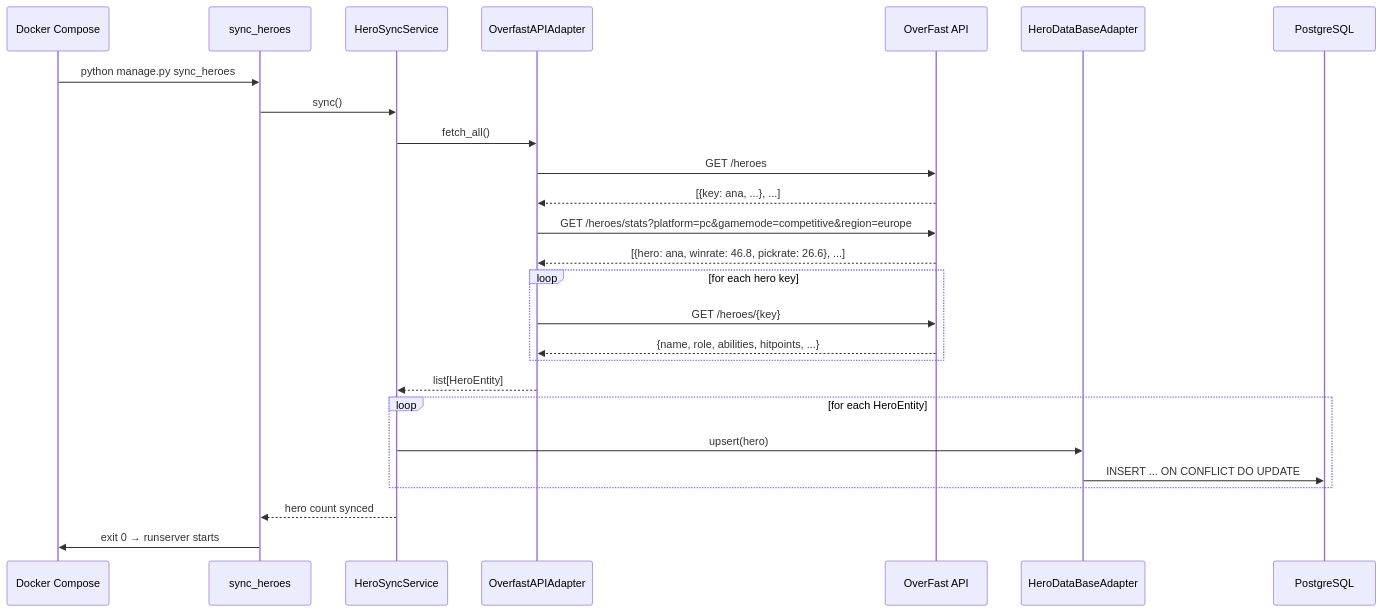
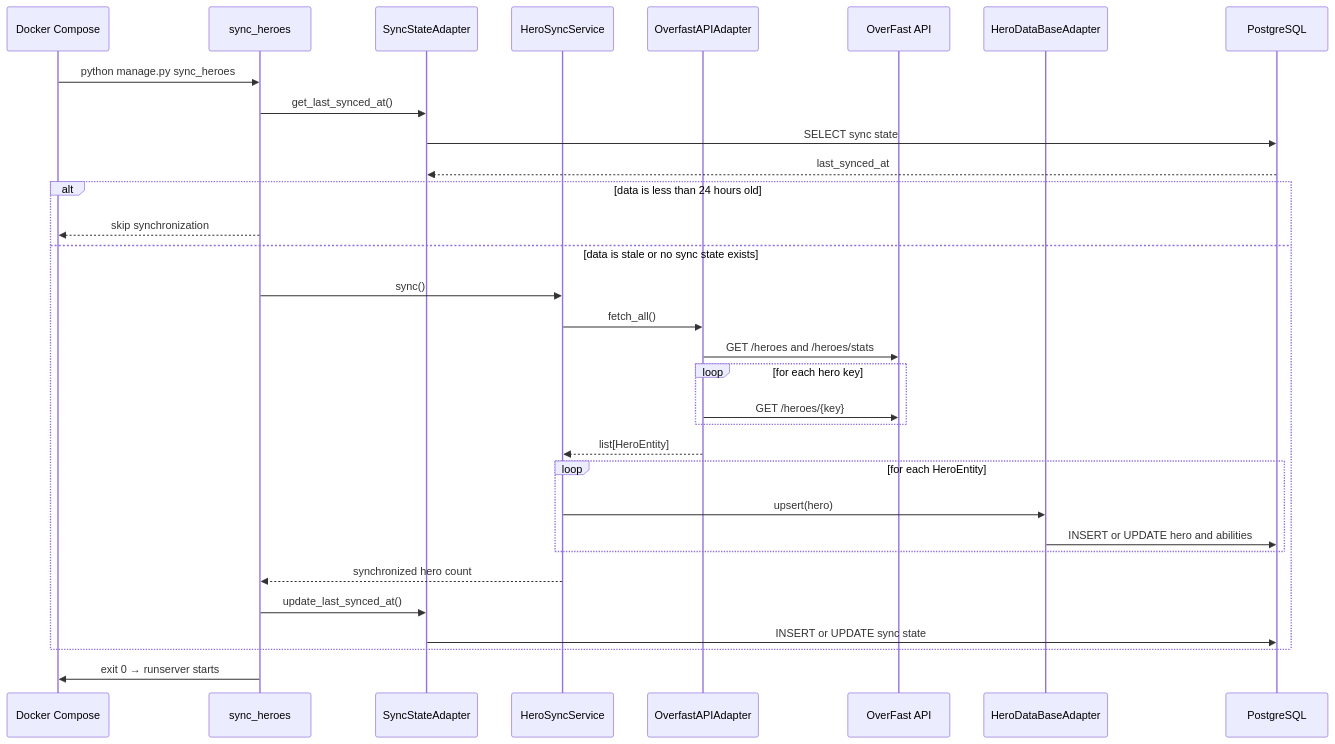
One commit to FabianReinelt-stud/OverwatchTeamUp changed the third of 6 diagrams in docs/architecture/arc42.md. Above: the diagram before and after it, drawn with Mermaid. The commit also changed other lines of this file and 6 other files, not shown here.

Commit message:
updated docs, added some diagrams for presentation

````diff
--- a/docs/architecture/arc42.md
+++ b/docs/architecture/arc42.md
@@ -194,29 +199,35 @@
 ```mermaid
 sequenceDiagram
     participant DC as Docker Compose
     participant CMD as sync_heroes
+    participant SSA as SyncStateAdapter
     participant SS as HeroSyncService
     participant OFA as OverfastAPIAdapter
     participant API as OverFast API
     participant HDBA as HeroDataBaseAdapter
     participant DB as PostgreSQL
 
     DC->>CMD: python manage.py sync_heroes
-    CMD->>SS: sync()
-    SS->>OFA: fetch_all()
-    OFA->>API: GET /heroes
-    API-->>OFA: [{key: ana, ...}, ...]
-    OFA->>API: GET /heroes/stats?platform=pc&gamemode=competitive&region=europe
-    API-->>OFA: [{hero: ana, winrate: 46.8, pickrate: 26.6}, ...]
-    loop for each hero key
-        OFA->>API: GET /heroes/{key}
-        API-->>OFA: {name, role, abilities, hitpoints, ...}
+    CMD->>SSA: get_last_synced_at()
+    SSA->>DB: SELECT sync state
+    DB-->>SSA: last_synced_at
+    alt data is less than 24 hours old
+        CMD-->>DC: skip synchronization
+    else data is stale or no sync state exists
+        CMD->>SS: sync()
+        SS->>OFA: fetch_all()
+        OFA->>API: GET /heroes and /heroes/stats
+        loop for each hero key
+            OFA->>API: GET /heroes/{key}
+        end
+        OFA-->>SS: list[HeroEntity]
+        loop for each HeroEntity
+            SS->>HDBA: upsert(hero)
+            HDBA->>DB: INSERT or UPDATE hero and abilities
+        end
+        SS-->>CMD: synchronized hero count
+        CMD->>SSA: update_last_synced_at()
+        SSA->>DB: INSERT or UPDATE sync state
     end
-    OFA-->>SS: list[HeroEntity]
-    loop for each HeroEntity
-        SS->>HDBA: upsert(hero)
-        HDBA->>DB: INSERT ... ON CONFLICT DO UPDATE
-    end
-    SS-->>CMD: hero count synced
     CMD->>DC: exit 0 → runserver starts
 ```
````
